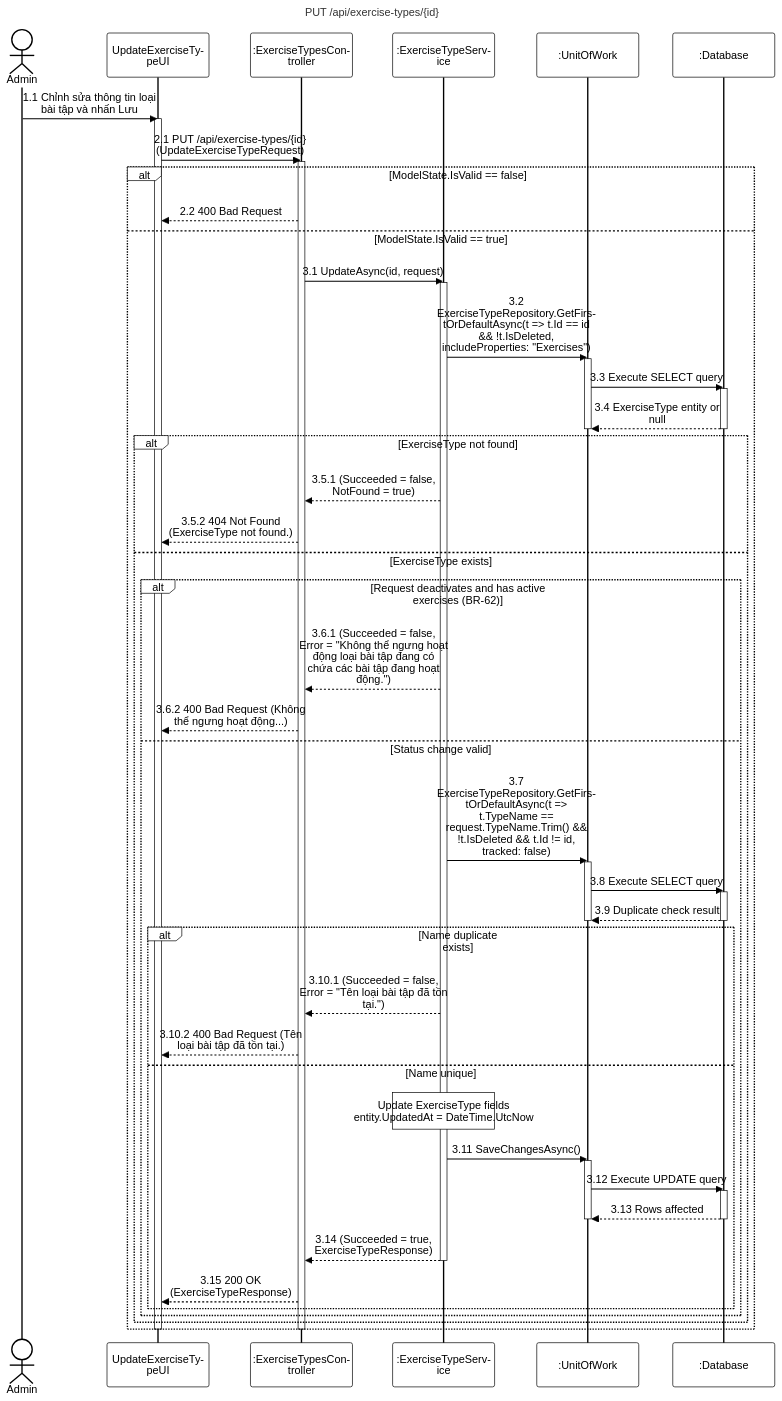
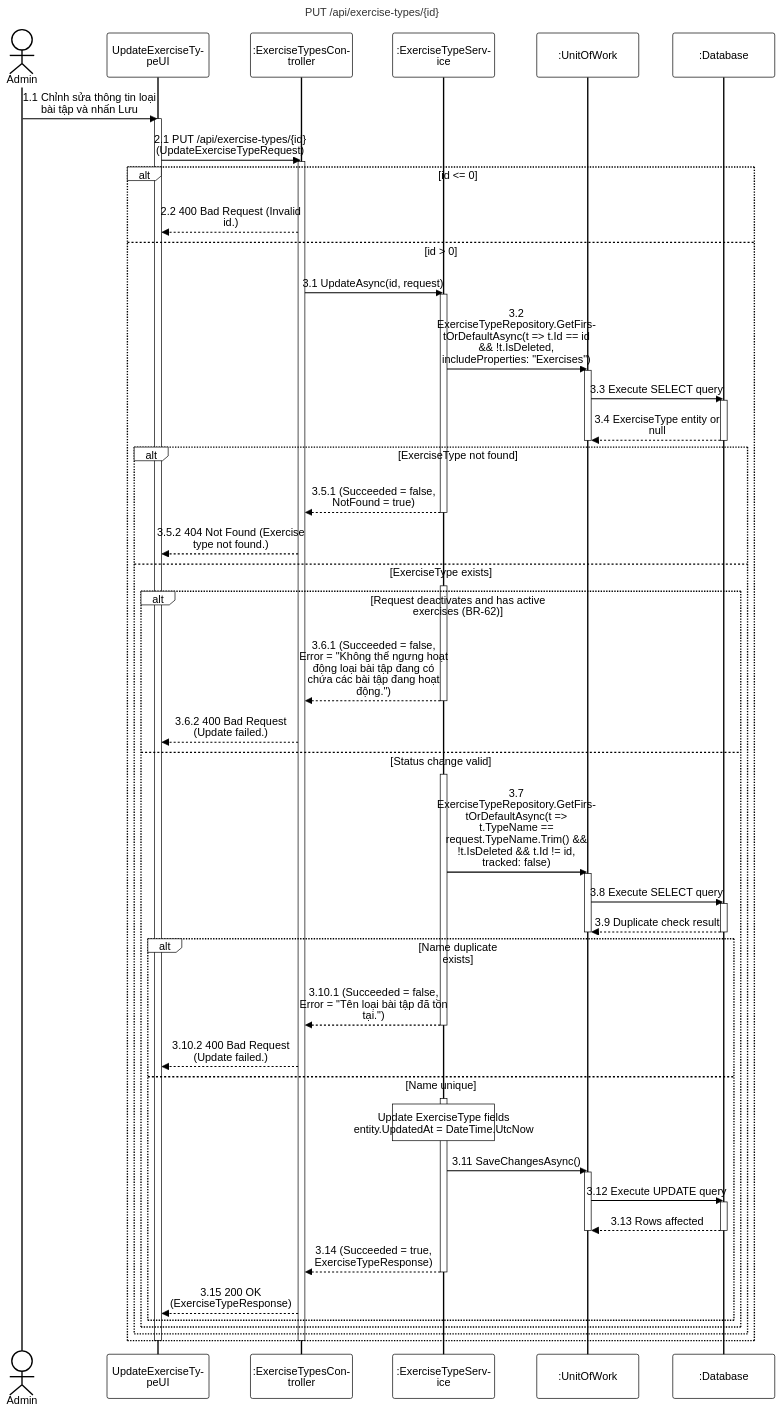
One commit to PhucAnDev/docx-diagram changed the diagram in 05-exercise-question-management/sequence-diagram/apis/update-exercise-type.mmd. Above: the diagram before and after it, drawn with Mermaid. The commit also changed 5 other files, not shown here.

Commit message:
fix: update create-exercise-type.mmd, update-exercise-type.mmd, and delete-exercise-type.mmd with correct validations, error messages, and activations

```diff
--- a/05-exercise-question-management/sequence-diagram/apis/update-exercise-type.mmd
+++ b/05-exercise-question-management/sequence-diagram/apis/update-exercise-type.mmd
@@ -1,68 +1,74 @@
 %%{init: {'theme':'base', 'themeVariables': {'actorBkg':'#ffffff','actorBorder':'#000000','actorTextColor':'#000000','actorLineColor':'#000000','signalColor':'#000000','signalTextColor':'#000000','labelBoxBkgColor':'#ffffff','labelBoxBorderColor':'#000000','labelTextColor':'#000000','loopTextColor':'#000000','noteBkgColor':'#ffffff','noteBorderColor':'#000000','noteTextColor':'#000000','activationBorderColor':'#000000','activationBkgColor':'#ffffff','sequenceNumberColor':'#000000'}, 'sequence': {'width':150,'height':65,'actorFontSize':16,'messageFontSize':16,'wrap':true,'wrapPadding':10}}}%%
 sequenceDiagram
     title PUT /api/exercise-types/{id}
     actor Admin as Admin
     participant UI as UpdateExerciseTypeUI
     participant Endpoint as :ExerciseTypesController
     participant Service as :ExerciseTypeService
     participant DB as :UnitOfWork
     participant Database as :Database
 
     Admin->>UI: 1.1 Chỉnh sửa thông tin loại bài tập và nhấn Lưu
     activate UI
     UI->>Endpoint: 2.1 PUT /api/exercise-types/{id} (UpdateExerciseTypeRequest)
     activate Endpoint
 
-    alt ModelState.IsValid == false
-        Endpoint-->>UI: 2.2 400 Bad Request
-    else ModelState.IsValid == true
+    alt id <= 0
+        Endpoint-->>UI: 2.2 400 Bad Request (Invalid id.)
+    else id > 0
         Endpoint->>Service: 3.1 UpdateAsync(id, request)
         activate Service
 
         Service->>DB: 3.2 ExerciseTypeRepository.GetFirstOrDefaultAsync(t => t.Id == id && !t.IsDeleted, includeProperties: "Exercises")
         activate DB
         DB->>Database: 3.3 Execute SELECT query
         activate Database
         Database-->>DB: 3.4 ExerciseType entity or null
         deactivate Database
         deactivate DB
 
         alt ExerciseType not found
             Service-->>Endpoint: 3.5.1 (Succeeded = false, NotFound = true)
-            Endpoint-->>UI: 3.5.2 404 Not Found (ExerciseType not found.)
+            deactivate Service
+            Endpoint-->>UI: 3.5.2 404 Not Found (Exercise type not found.)
         else ExerciseType exists
+            activate Service
             alt Request deactivates and has active exercises (BR-62)
                 Service-->>Endpoint: 3.6.1 (Succeeded = false, Error = "Không thể ngưng hoạt động loại bài tập đang có chứa các bài tập đang hoạt động.")
-                Endpoint-->>UI: 3.6.2 400 Bad Request (Không thể ngưng hoạt động...)
+                deactivate Service
+                Endpoint-->>UI: 3.6.2 400 Bad Request (Update failed.)
             else Status change valid
+                activate Service
                 Service->>DB: 3.7 ExerciseTypeRepository.GetFirstOrDefaultAsync(t => t.TypeName == request.TypeName.Trim() && !t.IsDeleted && t.Id != id, tracked: false)
                 activate DB
                 DB->>Database: 3.8 Execute SELECT query
                 activate Database
                 Database-->>DB: 3.9 Duplicate check result
                 deactivate Database
                 deactivate DB
 
                 alt Name duplicate exists
                     Service-->>Endpoint: 3.10.1 (Succeeded = false, Error = "Tên loại bài tập đã tồn tại.")
-                    Endpoint-->>UI: 3.10.2 400 Bad Request (Tên loại bài tập đã tồn tại.)
+                    deactivate Service
+                    Endpoint-->>UI: 3.10.2 400 Bad Request (Update failed.)
                 else Name unique
+                    activate Service
                     note over Service: Update ExerciseType fields<br/>entity.UpdatedAt = DateTime.UtcNow
                     
                     Service->>DB: 3.11 SaveChangesAsync()
                     activate DB
                     DB->>Database: 3.12 Execute UPDATE query
                     activate Database
                     Database-->>DB: 3.13 Rows affected
                     deactivate Database
                     deactivate DB
 
                     Service-->>Endpoint: 3.14 (Succeeded = true, ExerciseTypeResponse)
                     deactivate Service
                     Endpoint-->>UI: 3.15 200 OK (ExerciseTypeResponse)
                 end
             end
         end
     end
     deactivate Endpoint
     deactivate UI
```
